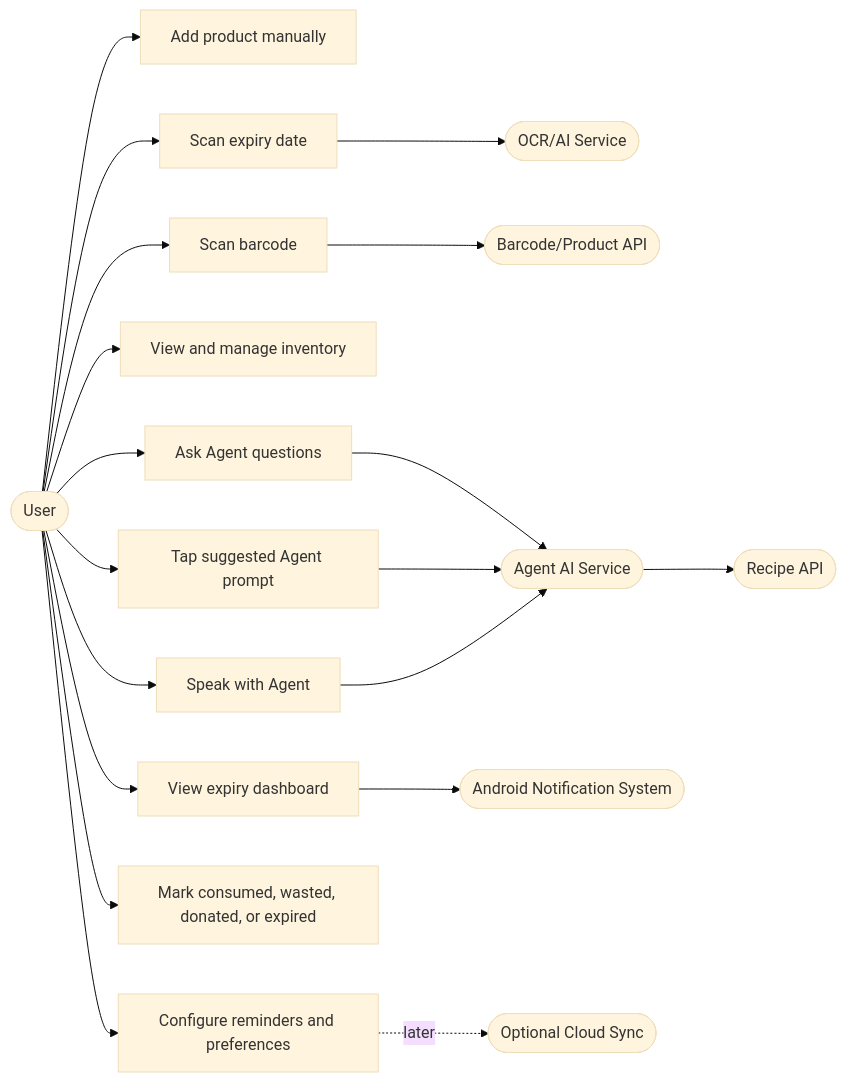
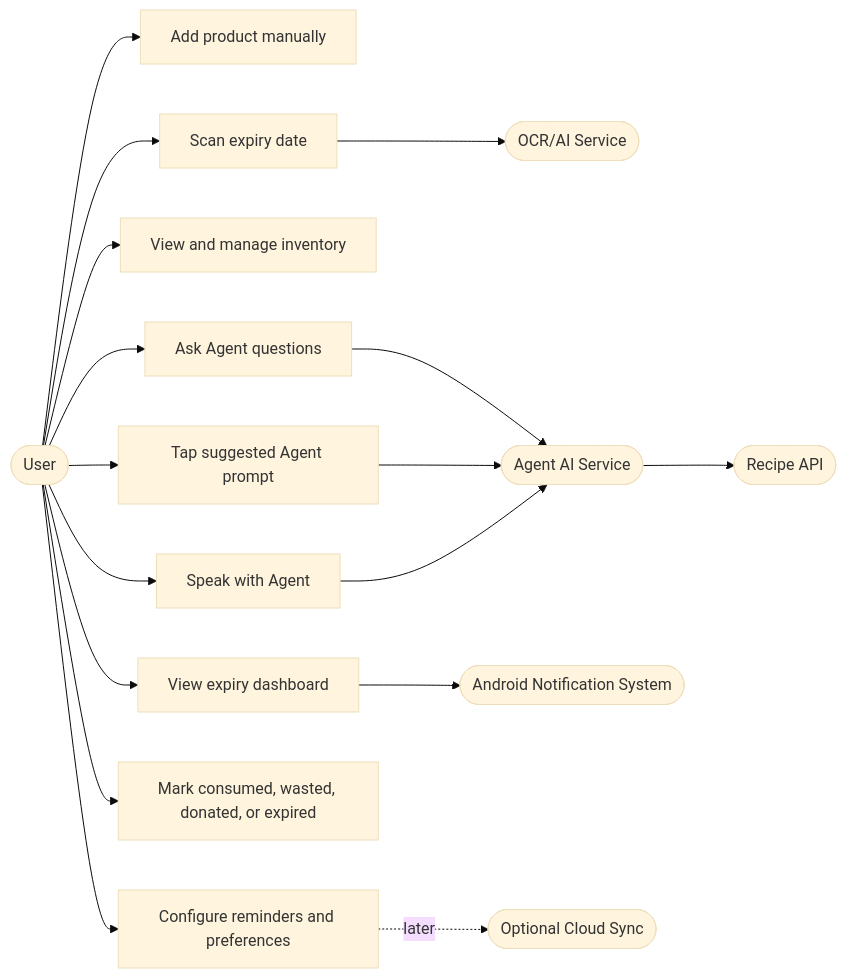
Before and after one commit to thqhuong/SmartExpApp: the first of 8 diagrams in docs/planning/general-route.md, drawn with Mermaid (base theme). The commit also changed other lines of this file and 7 other files, not shown here.

````diff
--- a/docs/planning/general-route.md
+++ b/docs/planning/general-route.md
@@ -45,30 +44,27 @@
 ```mermaid
 flowchart LR
     User([User])
     OCR([OCR/AI Service])
-    ProductAPI([Barcode/Product API])
     AgentAI([Agent AI Service])
     RecipeAPI([Recipe API])
     Notifications([Android Notification System])
     CloudSync([Optional Cloud Sync])
 
     User --> AddManual[Add product manually]
     User --> ScanExpiry[Scan expiry date]
-    User --> ScanBarcode[Scan barcode]
     User --> ViewInventory[View and manage inventory]
     User --> ViewDashboard[View expiry dashboard]
     User --> AskAgent[Ask Agent questions]
     User --> UsePrompt[Tap suggested Agent prompt]
     User --> VoiceChat[Speak with Agent]
     User --> MarkOutcome[Mark consumed, wasted, donated, or expired]
     User --> ConfigureSettings[Configure reminders and preferences]
 
     ScanExpiry --> OCR
-    ScanBarcode --> ProductAPI
     AskAgent --> AgentAI
     UsePrompt --> AgentAI
     VoiceChat --> AgentAI
     AgentAI --> RecipeAPI
     ViewDashboard --> Notifications
     ConfigureSettings -. later .-> CloudSync
 ```
````
